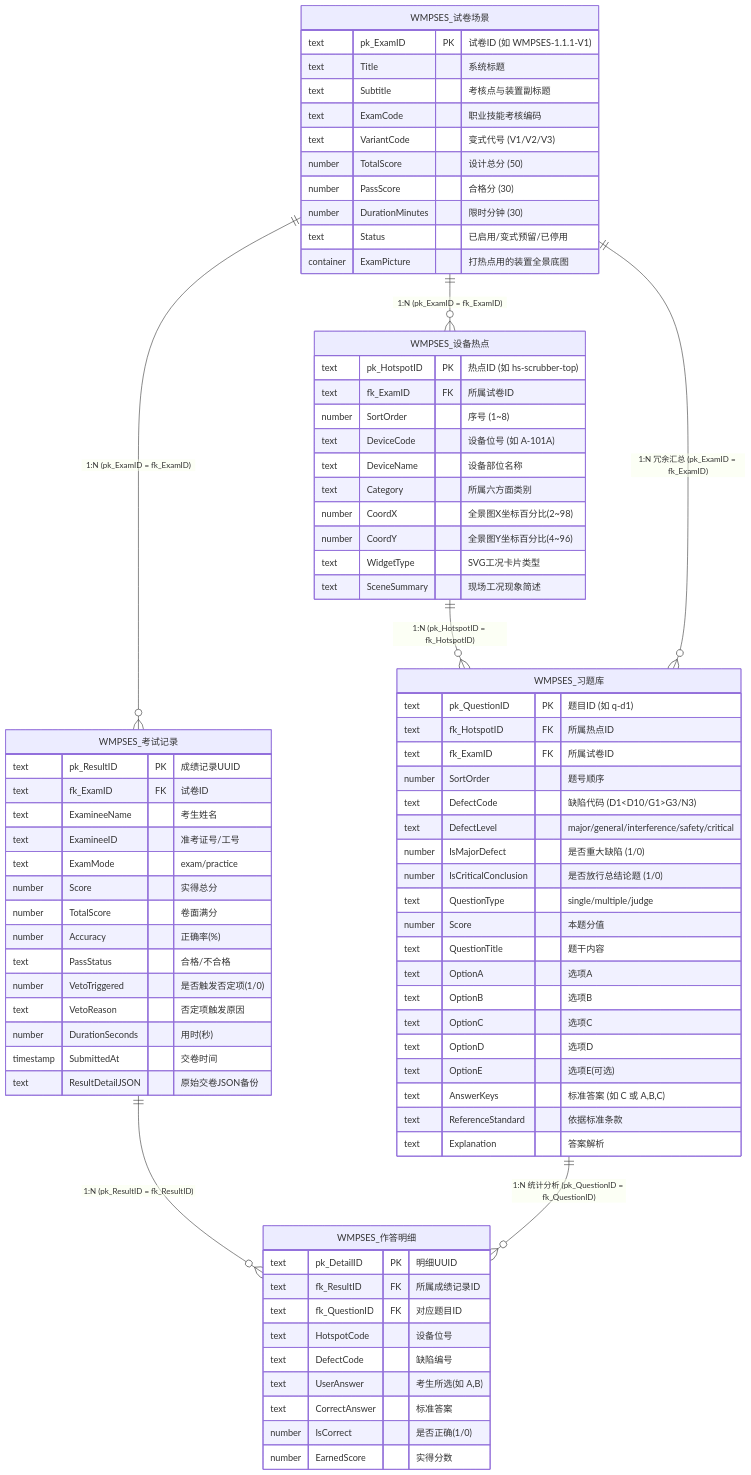
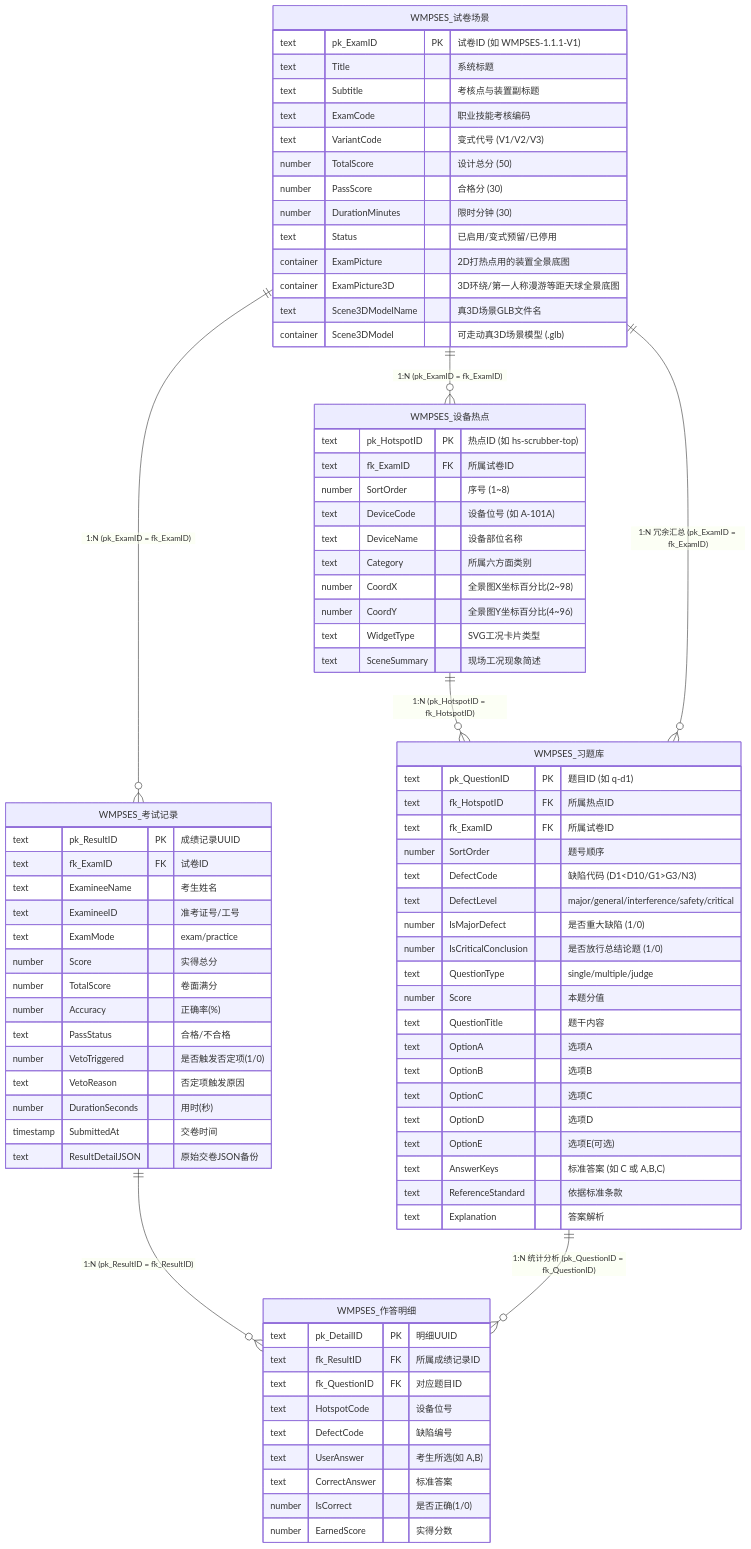
The diagram in filemaker_script/FileMaker题库数据库表结构设计手册.md (jxtanchris/WMPSES), drawn with Mermaid before and after one commit. The commit also changed other lines of this file and 62 other files, not shown here.

```diff
--- a/filemaker_script/FileMaker题库数据库表结构设计手册.md
+++ b/filemaker_script/FileMaker题库数据库表结构设计手册.md
@@ -25,7 +25,10 @@
         number PassScore "合格分 (30)"
         number DurationMinutes "限时分钟 (30)"
         text Status "已启用/变式预留/已停用"
-        container ExamPicture "打热点用的装置全景底图"
+        container ExamPicture "2D打热点用的装置全景底图"
+        container ExamPicture3D "3D环绕/第一人称漫游等距天球全景底图"
+        text Scene3DModelName "真3D场景GLB文件名"
+        container Scene3DModel "可走动真3D场景模型 (.glb)"
     }
 
     WMPSES_设备热点 {
```
